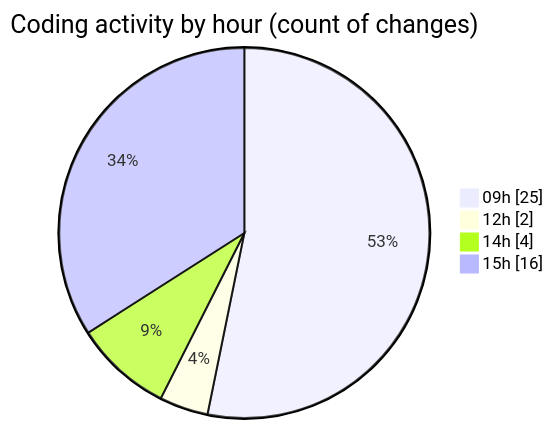
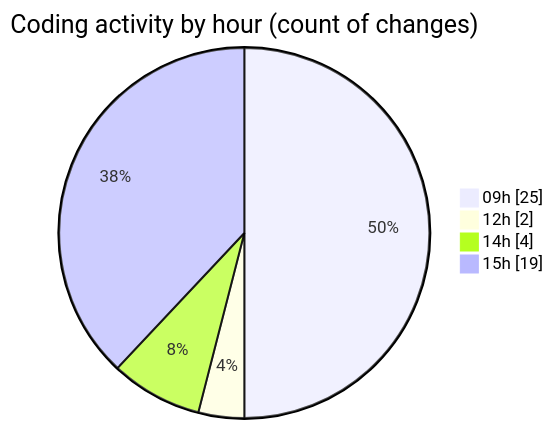
The second of 2 diagrams in 2025-11-12/eventscop-frontend-guide__workspace_/README.md (julien-gomy/code-tracking), drawn with Mermaid before and after one commit. The commit also changed other lines of this file and 1 other file, not shown here.

````diff
--- a/2025-11-12/eventscop-frontend-guide__workspace_/README.md
+++ b/2025-11-12/eventscop-frontend-guide__workspace_/README.md
@@ -37,8 +38,8 @@
 ```mermaid
 pie showData
 title Coding activity by hour (count of changes)
 "09h" : 25
 "12h" : 2
 "14h" : 4
-"15h" : 16
+"15h" : 19
 ```
````
